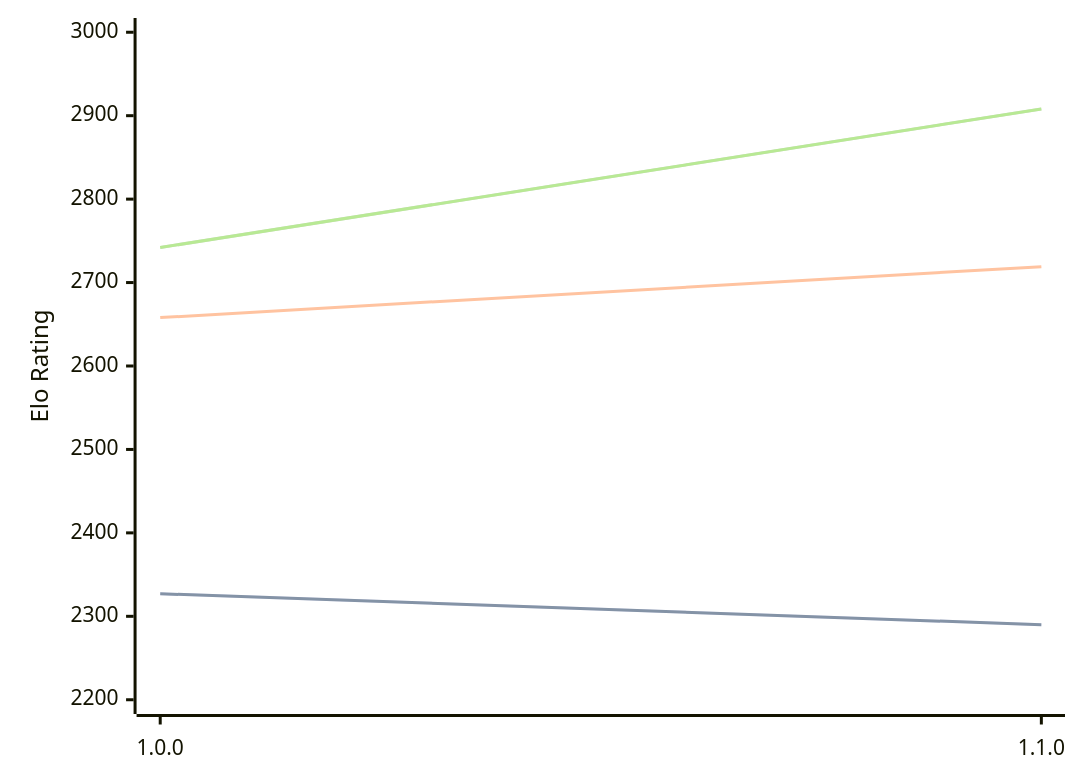
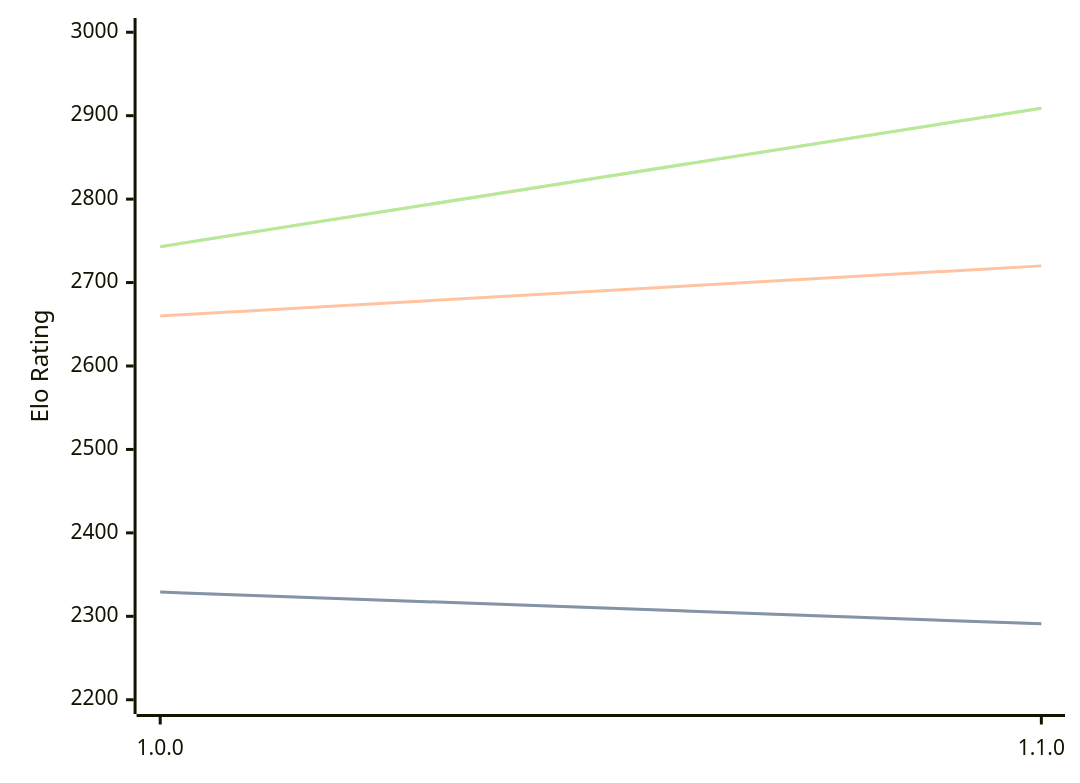
One commit to computer-chess-index/cci changed the diagram in engines/ShallowGuess.md. Above: the diagram before and after it, drawn with Mermaid. The commit also changed other lines of this file, not shown here.

Commit message:
Update CCI Ratings (ELO VLTC) - 2026-09-01

````diff
--- a/engines/ShallowGuess.md
+++ b/engines/ShallowGuess.md
@@ -32,11 +32,11 @@
 ```mermaid
 %%{init: {"theme":"base","themeVariables":{"seriesColors:['#a3a3a3','#222221','#faa371']}}}%%
 xychart-beta
   x-axis ["1.0.0", "1.1.0"]
   y-axis "Elo Rating" 2200 --> 3000
-  line "" [2327, 2290]
-  line "STC (8.0+0.08s)" [2327, 2290]
-  line "LTC (60.0+0.60s)" [2658, 2719]
-  line "" [2742, 2908]
-  line "VLTC (2m24s+1.12s)" [2742, 2908]
+  line "" [2329, 2291]
+  line "STC (8.0+0.08s)" [2329, 2291]
+  line "LTC (60.0+0.60s)" [2660, 2720]
+  line "" [2743, 2909]
+  line "VLTC (2m24s+1.12s)" [2743, 2909]
 ```
````
